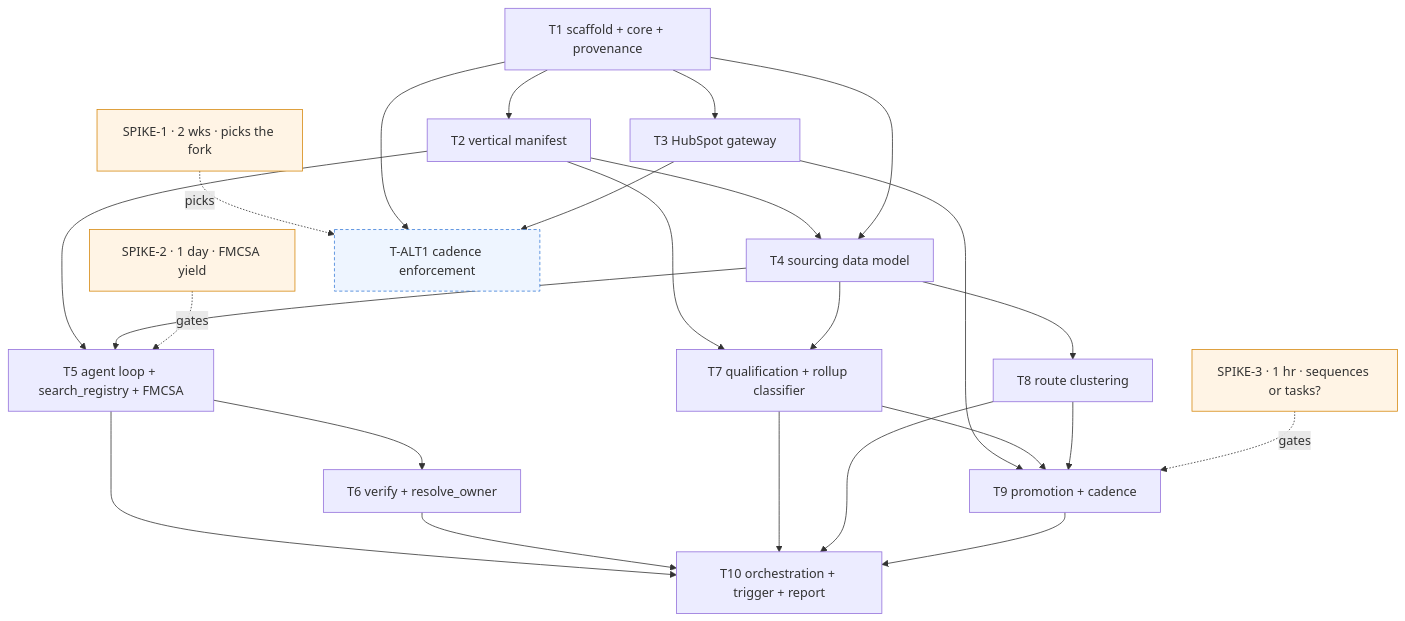
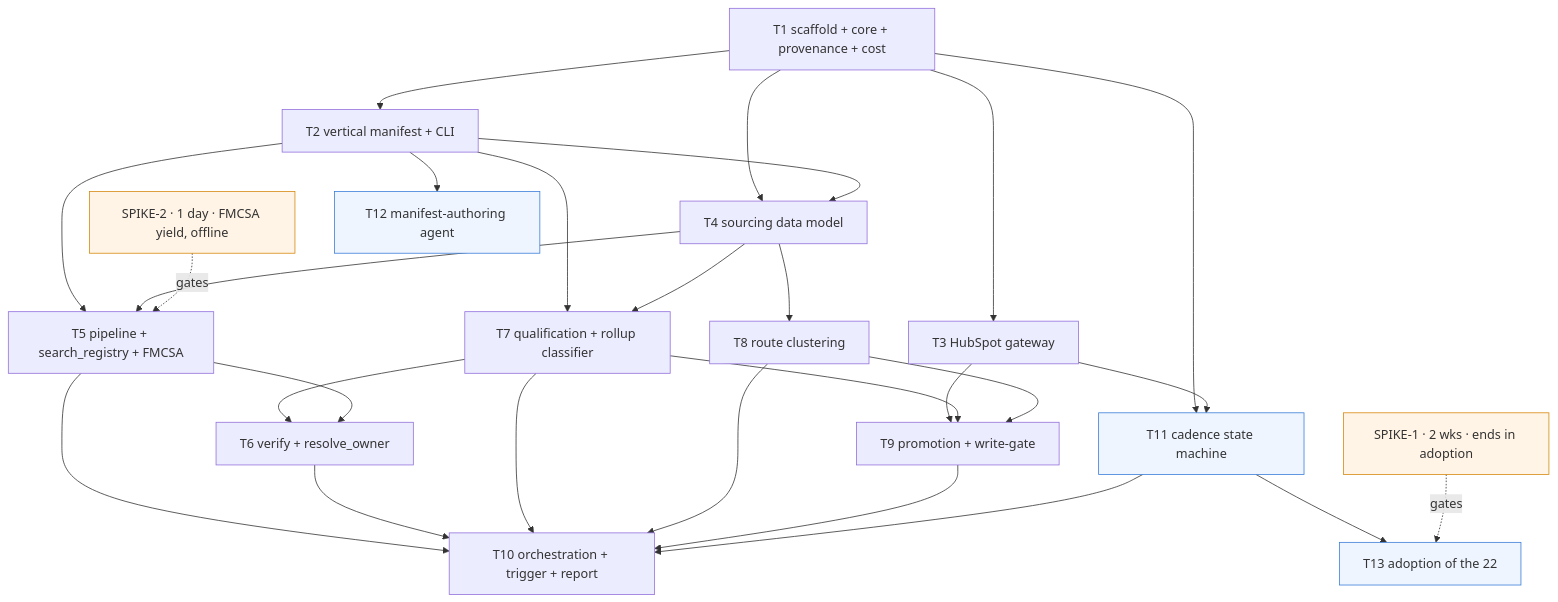
Before and after one commit to sandeepjunaghare/my-dynamous-muse: the diagram in agentic-course-2.0/my-example-app/docs/tickets/local-prospect-engine.md, drawn with Mermaid. The commit also changed other lines of this file and 5 other files, not shown here.

First line of the commit message:
docs: realign specs with pipeline and owned-cadence decisions

````diff
--- a/agentic-course-2.0/my-example-app/docs/tickets/local-prospect-engine.md
+++ b/agentic-course-2.0/my-example-app/docs/tickets/local-prospect-engine.md
@@ -232,46 +277,50 @@
 ```mermaid
 graph TD
-  S1[SPIKE-1 · 2 wks · picks the fork]:::spike
-  S2[SPIKE-2 · 1 day · FMCSA yield]:::spike
-  S3[SPIKE-3 · 1 hr · sequences or tasks?]:::spike
+  S1[SPIKE-1 · 2 wks · ends in adoption]:::spike
+  S2[SPIKE-2 · 1 day · FMCSA yield, offline]:::spike
 
-  T1[T1 scaffold + core + provenance]
-  T2[T2 vertical manifest]
+  T1[T1 scaffold + core + provenance + cost]
+  T2[T2 vertical manifest + CLI]
   T3[T3 HubSpot gateway]
   T4[T4 sourcing data model]
-  T5[T5 agent loop + search_registry + FMCSA]
+  T5[T5 pipeline + search_registry + FMCSA]
   T6[T6 verify + resolve_owner]
   T7[T7 qualification + rollup classifier]
   T8[T8 route clustering]
-  T9[T9 promotion + cadence]
+  T9[T9 promotion + write-gate]
+  T11[T11 cadence state machine]:::new
+  T12[T12 manifest-authoring agent]:::new
+  T13[T13 adoption of the 22]:::new
   T10[T10 orchestration + trigger + report]
-  TA[T-ALT1 cadence enforcement]:::alt
 
   T1 --> T2
   T1 --> T3
+  T1 --> T4
   T2 --> T4
-  T1 --> T4
   T2 --> T5
   T4 --> T5
-  T5 --> T6
   T2 --> T7
   T4 --> T7
+  T7 --> T6
+  T5 --> T6
   T4 --> T8
   T3 --> T9
   T7 --> T9
   T8 --> T9
+  T2 --> T12
+  T1 --> T11
+  T3 --> T11
+  T11 --> T13
   T5 --> T10
   T6 --> T10
   T7 --> T10
   T8 --> T10
   T9 --> T10
+  T11 --> T10
 
   S2 -.gates.-> T5
-  S3 -.gates.-> T9
-  S1 -.picks.-> TA
-  T1 --> TA
-  T3 --> TA
+  S1 -.gates.-> T13
 
   classDef spike fill:#fff4e5,stroke:#d68910;
-  classDef alt fill:#eef5ff,stroke:#3b7dd8,stroke-dasharray: 4 3;
+  classDef new fill:#eef5ff,stroke:#3b7dd8;
 ```
````
